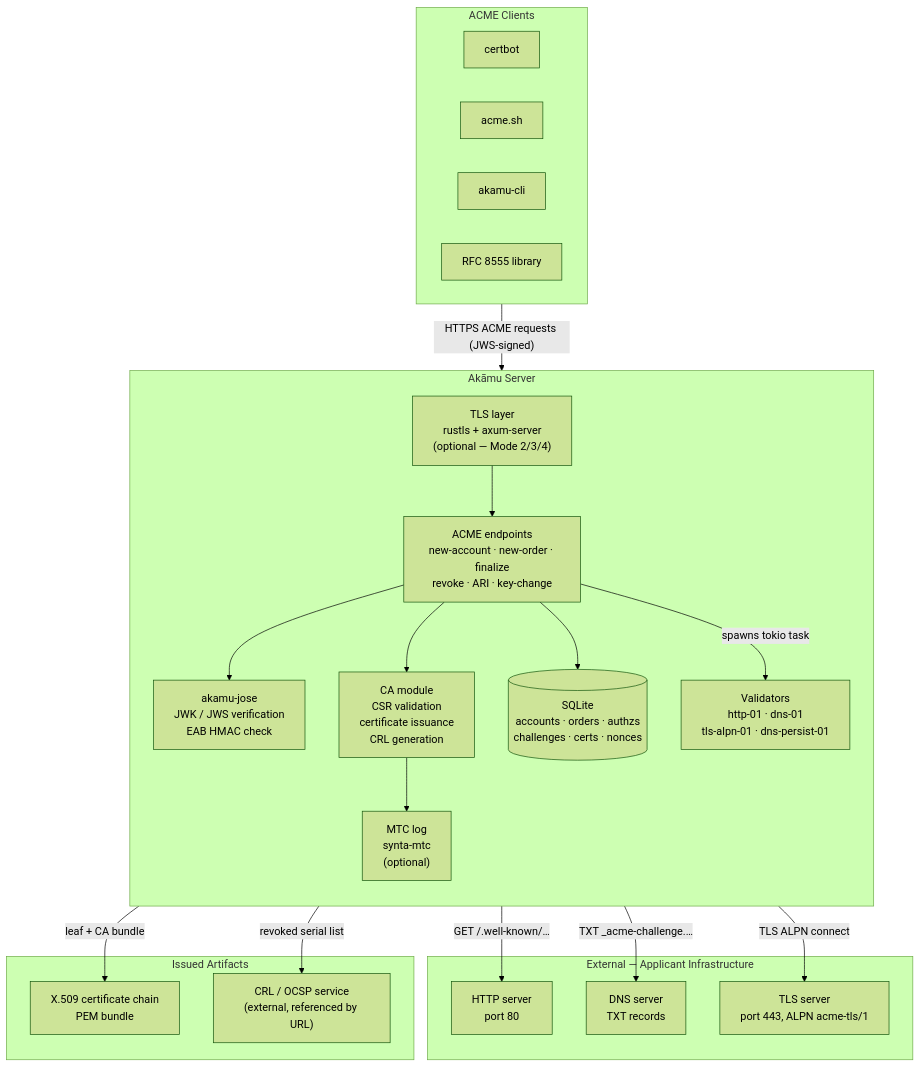
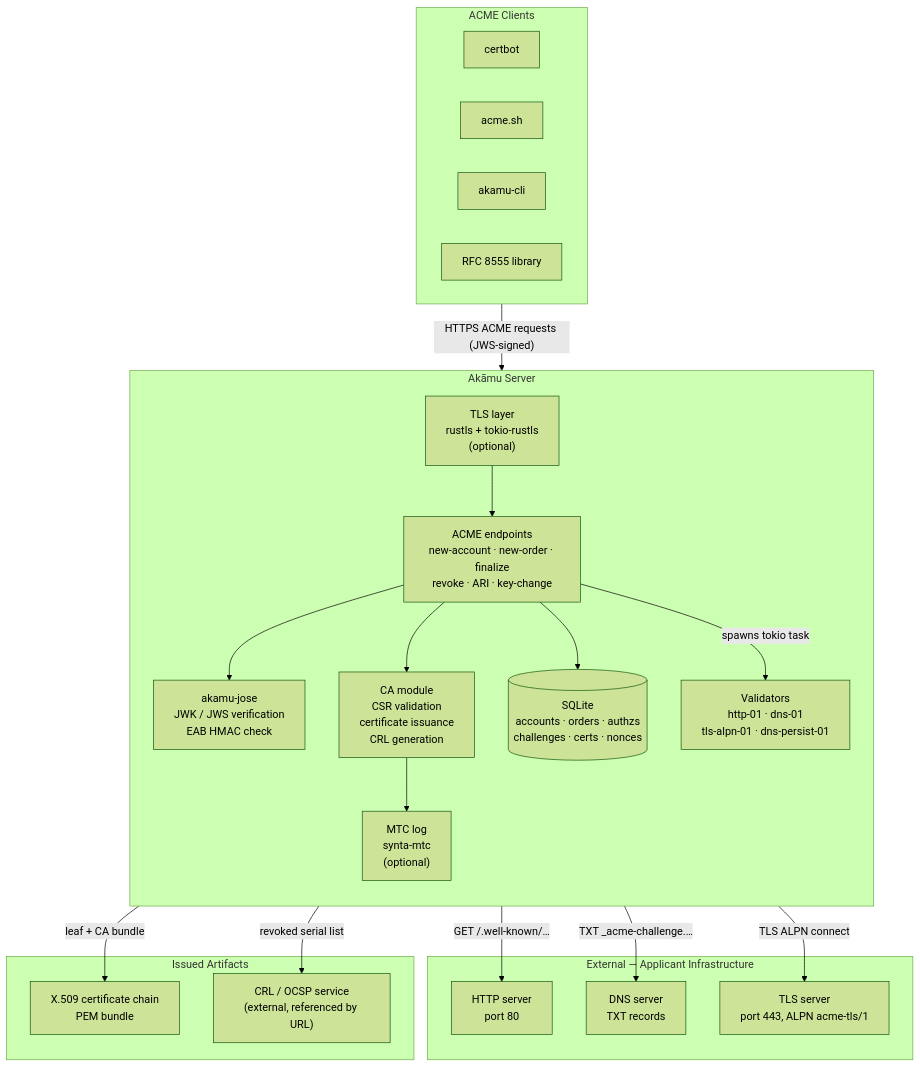
Before and after one commit to czinda/akamu: the first of 2 diagrams in docs/src/developer/architecture.md, drawn with Mermaid (forest theme). The commit also changed other lines of this file and 6 other files, not shown here.

````diff
--- a/docs/src/developer/architecture.md
+++ b/docs/src/developer/architecture.md
@@ -7,46 +7,46 @@
 ```mermaid
 graph TB
     subgraph clients["ACME Clients"]
         certbot[certbot]
         acmesh[acme.sh]
         akamucli[akamu-cli]
         custom[RFC 8555 library]
     end
 
     subgraph akamu["Akāmu Server"]
         direction TB
-        tls["TLS layer<br/>rustls + axum-server<br/>(optional — Mode 2/3/4)"]
+        tls["TLS layer<br/>rustls + tokio-rustls<br/>(optional)"]
         acme["ACME endpoints<br/>new-account · new-order · finalize<br/>revoke · ARI · key-change"]
         jose["akamu-jose<br/>JWK / JWS verification<br/>EAB HMAC check"]
         ca["CA module<br/>CSR validation<br/>certificate issuance<br/>CRL generation"]
         db[("SQLite<br/>accounts · orders · authzs<br/>challenges · certs · nonces")]
         val["Validators<br/>http-01 · dns-01<br/>tls-alpn-01 · dns-persist-01"]
         mtc["MTC log<br/>synta-mtc<br/>(optional)"]
     end
 
     subgraph external["External — Applicant Infrastructure"]
         httpserver["HTTP server<br/>port 80"]
         dns["DNS server<br/>TXT records"]
         tlsserver["TLS server<br/>port 443, ALPN acme-tls/1"]
     end
 
     subgraph artifacts["Issued Artifacts"]
         certchain["X.509 certificate chain<br/>PEM bundle"]
         crlsvc["CRL / OCSP service<br/>(external, referenced by URL)"]
     end
 
     clients -->|"HTTPS ACME requests (JWS-signed)"| tls
     tls --> acme
     acme --> jose
     acme --> ca
     acme --> db
     acme -->|"spawns tokio task"| val
 
     val -->|"GET /.well-known/…"| httpserver
     val -->|"TXT _acme-challenge.…"| dns
     val -->|"TLS ALPN connect"| tlsserver
 
     ca -->|"leaf + CA bundle"| certchain
     ca -->|"revoked serial list"| crlsvc
     ca --> mtc
 ```
````
